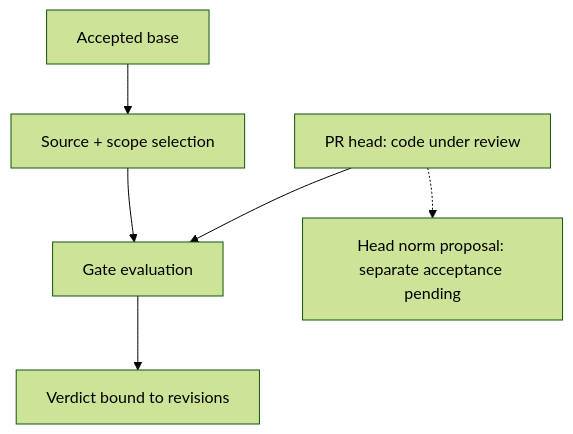
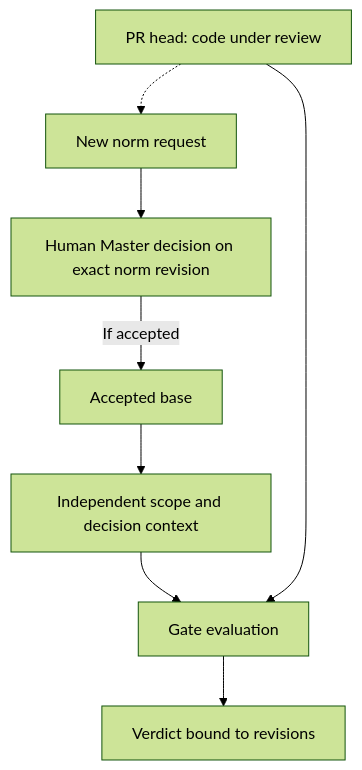
The fourth of 6 diagrams in cdd.md (omrylcn/CDD), drawn with Mermaid (forest theme) before and after one commit. The commit also changed other lines of this file and 18 other files, not shown here.

Commit message:
Draft v0.4 coverage evidence and revision-bound norm decisions

````diff
--- a/cdd.md
+++ b/cdd.md
@@ -495,8 +495,10 @@
 ```mermaid
 flowchart TD
-    B["Accepted base"] --> C["Source + scope selection"]
+    B["Accepted base"] --> C["Independent scope and decision context"]
     C --> G["Gate evaluation"]
     P["PR head: code under review"] --> G
-    P -.-> N["Head norm proposal: separate acceptance pending"]
+    P -.-> N["New norm request"]
+    N --> H["Human Master decision on exact norm revision"]
+    H -->|If accepted| B
     G --> O["Verdict bound to revisions"]
 ```
````
